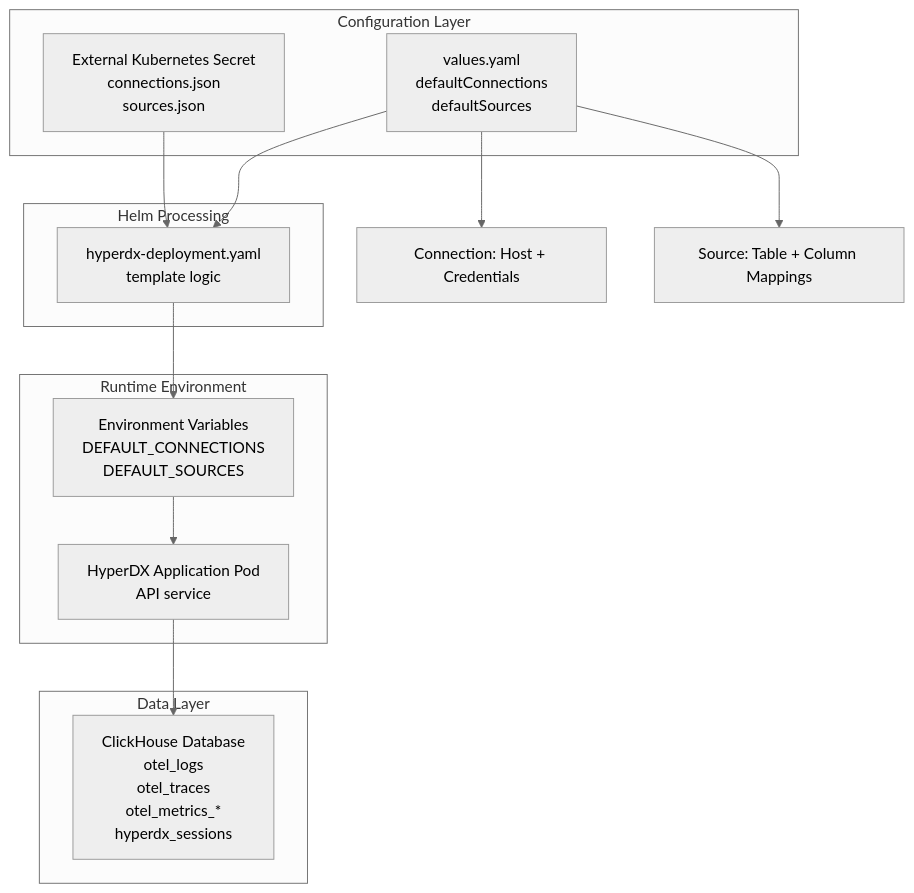
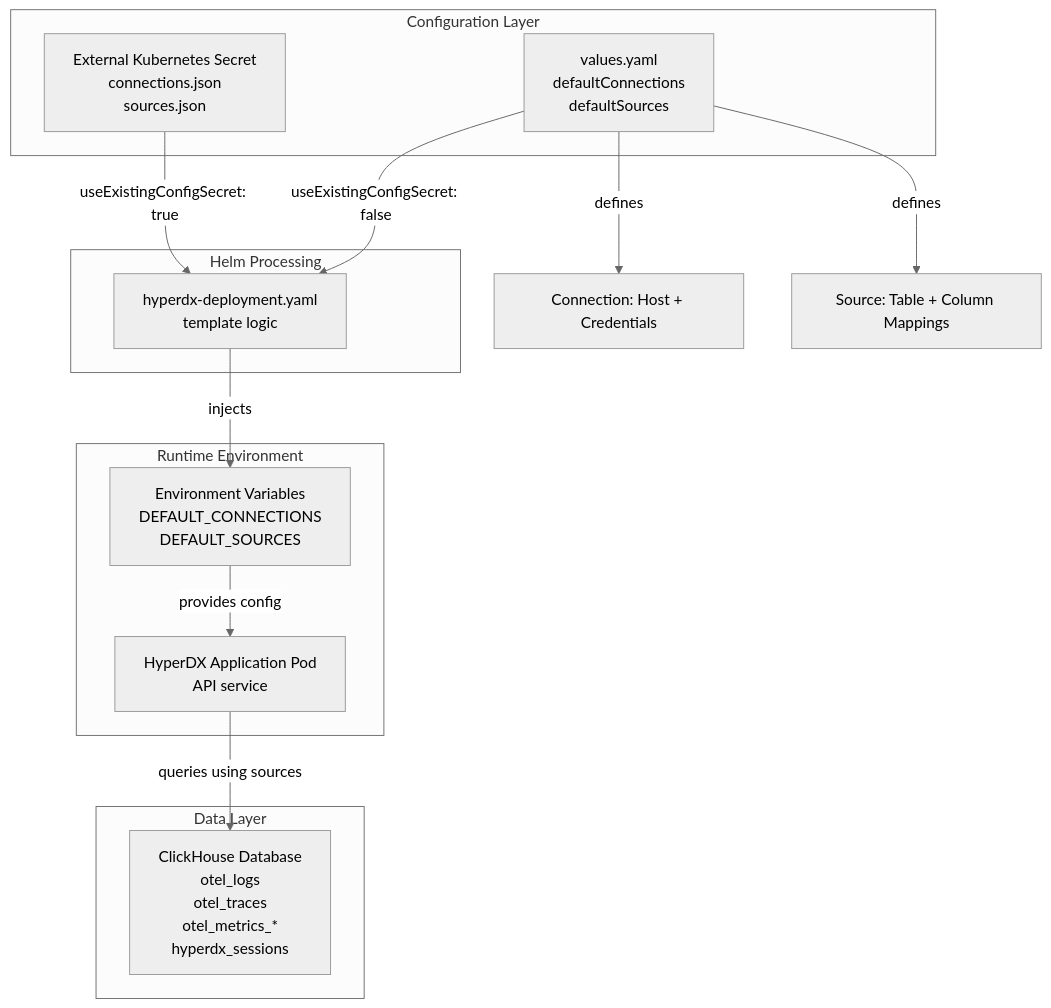
The first of 4 diagrams in docs/hyperdxio-helm-charts-docs/Data-Sources-and-Connections.md (openchoreo/openchoreo), drawn with Mermaid (neutral theme) before and after one commit. The commit also changed other lines of this file and 85 other files, not shown here.

Commit message:
feat: Add new workflow and specification templates, update Helm chart dependencies, and clarify documentation diagrams.

````diff
--- a/docs/hyperdxio-helm-charts-docs/Data-Sources-and-Connections.md
+++ b/docs/hyperdxio-helm-charts-docs/Data-Sources-and-Connections.md
@@ -25,38 +25,38 @@
 ```mermaid
 flowchart TD
 
 ValuesYAML["values.yaml<br>defaultConnections<br>defaultSources"]
 ExternalSecret["External Kubernetes Secret<br>connections.json<br>sources.json"]
 Template["hyperdx-deployment.yaml<br>template logic"]
 EnvVars["Environment Variables<br>DEFAULT_CONNECTIONS<br>DEFAULT_SOURCES"]
 AppPod["HyperDX Application Pod<br>API service"]
 ClickHouse["ClickHouse Database<br>otel_logs<br>otel_traces<br>otel_metrics_*<br>hyperdx_sessions"]
 Note1["Connection: Host + Credentials"]
 Note2["Source: Table + Column Mappings"]
 
-ValuesYAML --> Template
-ExternalSecret --> Template
-Template --> EnvVars
-AppPod --> ClickHouse
-ValuesYAML --> Note1
-ValuesYAML --> Note2
+ValuesYAML -->|"useExistingConfigSecret: false"| Template
+ExternalSecret -->|"useExistingConfigSecret: true"| Template
+Template -->|"injects"| EnvVars
+AppPod -->|"queries using sources"| ClickHouse
+ValuesYAML -->|"defines"| Note1
+ValuesYAML -->|"defines"| Note2
 
 subgraph subGraph3 ["Data Layer"]
     ClickHouse
 end
 
 subgraph subGraph2 ["Runtime Environment"]
     EnvVars
     AppPod
-    EnvVars --> AppPod
+    EnvVars -->|"provides config"| AppPod
 end
 
 subgraph subGraph1 ["Helm Processing"]
     Template
 end
 
 subgraph subGraph0 ["Configuration Layer"]
     ValuesYAML
     ExternalSecret
 end
 ```
````
